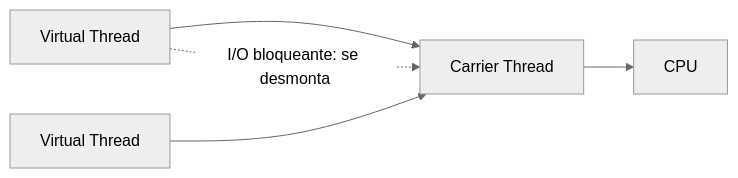
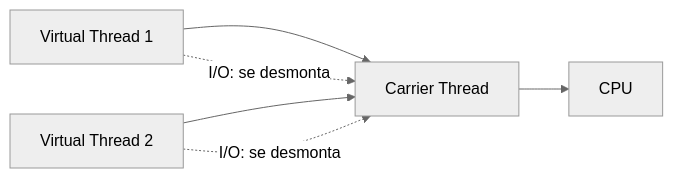
The second of 8 diagrams in web/public/content/spring-microservices/modulo-0.md (NICORUIZ93/The_Imperial_Book), drawn with Mermaid (neutral theme) before and after one commit. The commit also changed other lines of this file and 1 other file, not shown here.

````diff
--- a/web/public/content/spring-microservices/modulo-0.md
+++ b/web/public/content/spring-microservices/modulo-0.md
@@ -149,7 +182,8 @@
 ```mermaid
 flowchart LR
-  VT1[Virtual Thread] --> C[Carrier Thread]
-  VT2[Virtual Thread] --> C
+  VT1[Virtual Thread 1] --> C[Carrier Thread]
+  VT2[Virtual Thread 2] --> C
   C --> CPU[CPU]
-  VT1 -.I/O bloqueante: se desmonta.-> C
+  VT1 -.I/O: se desmonta.-> C
+  VT2 -.I/O: se desmonta.-> C
 ```
````
